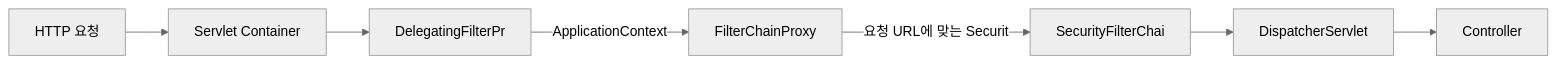
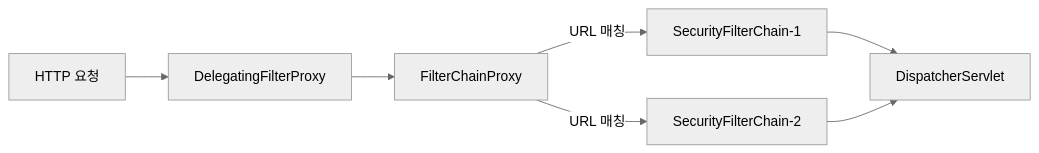
One commit to yjkim2015/yjkim2015.github.io changed the first of 4 diagrams in _posts/spring/2026-05-01-spring-security-architecture.md. Above: the diagram before and after it, drawn with Mermaid (neutral theme). The commit also changed other lines of this file and 4 other files, not shown here.

````diff
--- a/_posts/spring/2026-05-01-spring-security-architecture.md
+++ b/_posts/spring/2026-05-01-spring-security-architecture.md
@@ -23,9 +120,9 @@
 ```mermaid
 graph LR
-    A["HTTP 요청"] --> B["Servlet Container"]
-    B --> C["DelegatingFilterPr"]
-    C -->|"ApplicationContext"| D["FilterChainProxy<b"]
-    D -->|"요청 URL에 맞는 Securit"| E["SecurityFilterChai"]
-    E --> F["DispatcherServlet"]
-    F --> G["Controller"]
+    A["HTTP 요청"] --> B["DelegatingFilterProxy"]
+    B --> C["FilterChainProxy"]
+    C -->|"URL 매칭"| D["SecurityFilterChain-1"]
+    C -->|"URL 매칭"| E["SecurityFilterChain-2"]
+    D --> F["DispatcherServlet"]
+    E --> F
 ```
````
